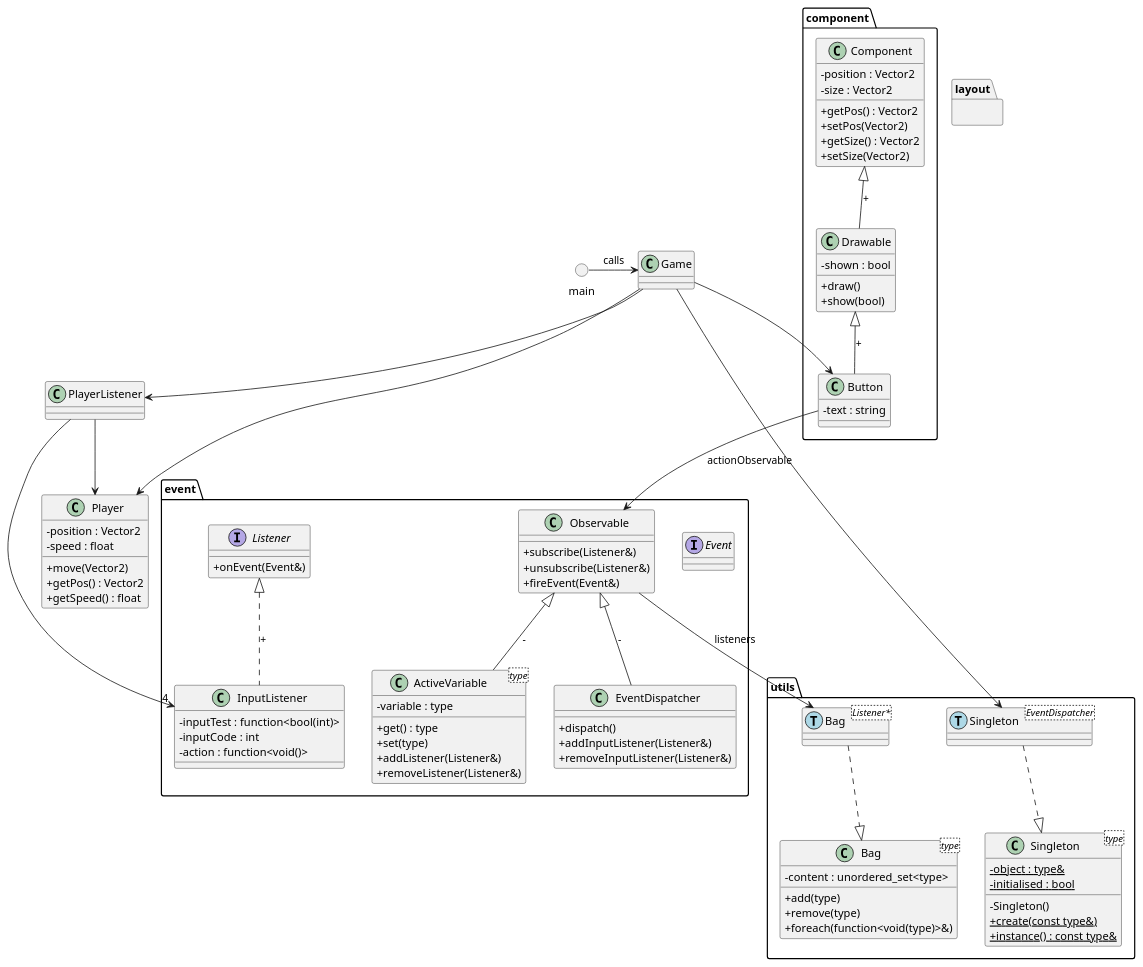
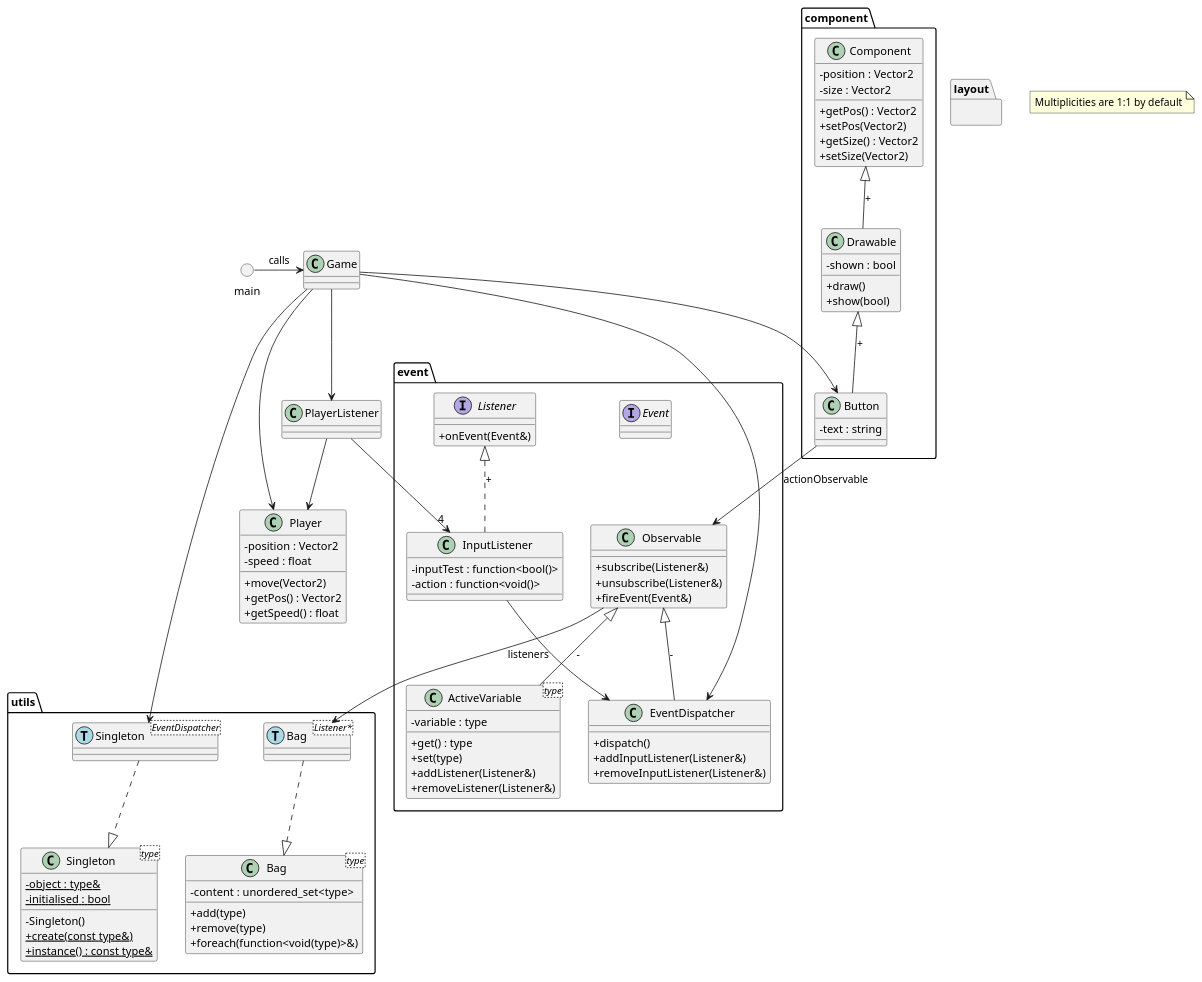
The diagram in project.puml (julesdupuis/CPP-UI-toolkit), drawn with PlantUML before and after one commit. The commit also changed 6 other files, not shown here.

Commit message:
changed InputListener to use a bool() function directly & added hoverListener and pressListener to Button

```diff
--- a/project.puml
+++ b/project.puml
@@ -1,112 +1,118 @@
 @startuml project
 
 skinparam classAttributeIconSize 0
+
+note as mainNote
+    Multiplicities are 1:1 by default
+end note
 
 () main
 class Game{
 
 }
 class Player{
     -position : Vector2
     -speed : float
     +move(Vector2)
     +getPos() : Vector2
     +getSpeed() : float
 }
 class PlayerListener{
 
 }
 
 main -> Game : calls
 Game --> Player
 Game --> PlayerListener
 
 package utils{
     class Bag<type>{
         -content : unordered_set<type>
         +add(type)
         +remove(type)
         +foreach(function<void(type)>&)
     }
     class "Bag<Listener*>" as BagListener <<(T,LightBlue)>>
 
     class Singleton<type>{
         {static} -object : type&
         {static} -initialised : bool
         -Singleton()
         {static} +create(const type&)
         {static} +instance() : const type&
     }
     class "Singleton<EventDispatcher>" as SingletonEventDispatcher <<(T,LightBlue)>>
 }
 
 BagListener ..|> Bag
 SingletonEventDispatcher ..|> Singleton
 
 package event{
     interface Event
     interface Listener{
         +onEvent(Event&)
     }
     class Observable{
         +subscribe(Listener&)
         +unsubscribe(Listener&)
         +fireEvent(Event&)
     }
     class InputListener{
-        {field} -inputTest : function<bool(int)>
-        -inputCode : int
+        {field} -inputTest : function<bool()>
         {field} -action : function<void()>
     }
     class EventDispatcher{
         +dispatch()
         +addInputListener(Listener&)
         +removeInputListener(Listener&)
     }
     class ActiveVariable<type>{
         -variable : type
         +get() : type
         +set(type)
         +addListener(Listener&)
         +removeListener(Listener&)
     }
 }
 
 Listener <|.. InputListener : +
 Observable <|-- EventDispatcher : -
 Observable <|-- ActiveVariable : -
 Observable --> BagListener : listeners
+
+InputListener --> EventDispatcher
+Game --> EventDispatcher
 
 package component{
     class Component{
         -position : Vector2
         -size : Vector2
         +getPos() : Vector2
         +setPos(Vector2)
         +getSize() : Vector2
         +setSize(Vector2)
     }
     class Drawable{
         -shown : bool
         +draw()
         +show(bool)
     }
     class Button{
         -text : string
     }
 }
 
 Component <|-- Drawable : +
 Drawable <|-- Button : +
 Button --> Observable : actionObservable
 
 package layout{
 
 }
 
 PlayerListener --> "4" InputListener
 PlayerListener --> Player
 Game --> SingletonEventDispatcher
 Game --> Button
 
 @enduml
```
